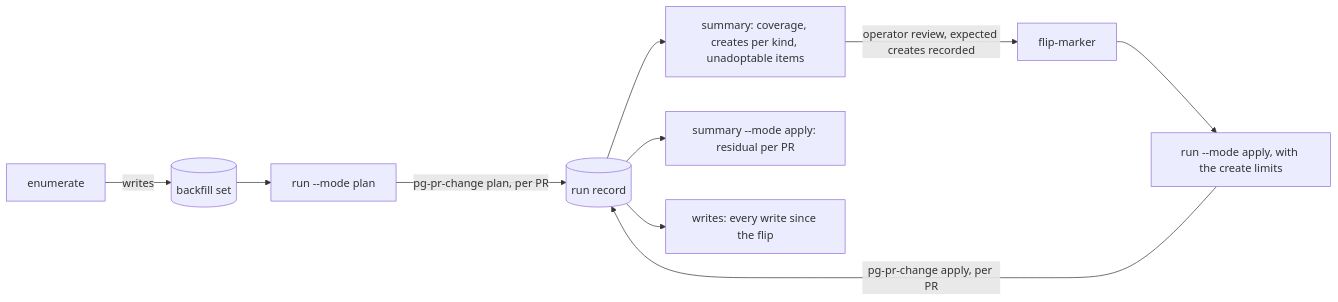
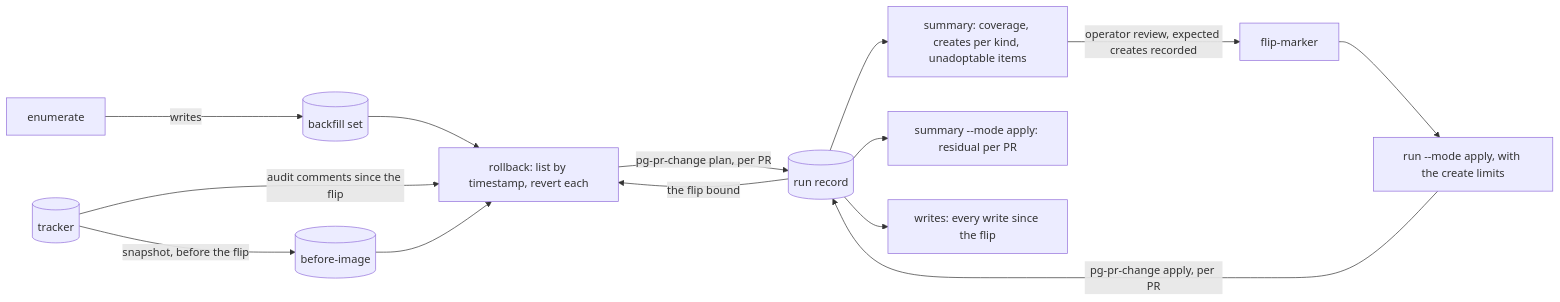
Before and after one commit to phillipgreenii/nix-agent-support: the diagram in docs/behavior/pg-decider/backfill.md, drawn with Mermaid. The commit also changed other lines of this file and 14 other files, not shown here.

````diff
--- a/docs/behavior/pg-decider/backfill.md
+++ b/docs/behavior/pg-decider/backfill.md
@@ -20,12 +22,16 @@
 ```mermaid
 flowchart LR
     E["enumerate"] -->|"writes"| S[("backfill set")]
     S --> R["run --mode plan"]
     R -->|"pg-pr-change plan, per PR"| L[("run record")]
     L --> M["summary: coverage, creates per kind, unadoptable items"]
     M -->|"operator review, expected creates recorded"| F["flip-marker"]
     F --> A["run --mode apply, with the create limits"]
     A -->|"pg-pr-change apply, per PR"| L
     L --> V["summary --mode apply: residual per PR"]
     L --> W["writes: every write since the flip"]
+    T[("tracker")] -->|"snapshot, before the flip"| B[("before-image")]
+    T -->|"audit comments since the flip"| R["rollback: list by timestamp, revert each"]
+    B --> R
+    L -->|"the flip bound"| R
 ```
````
